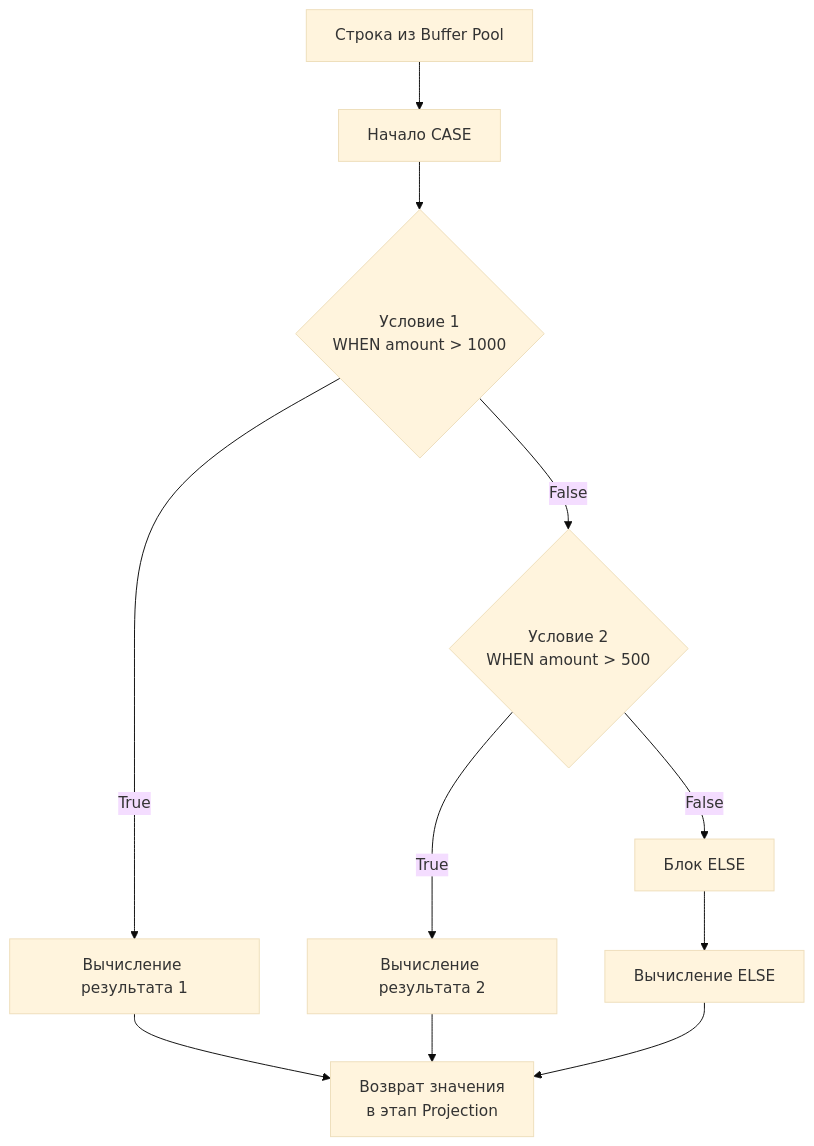
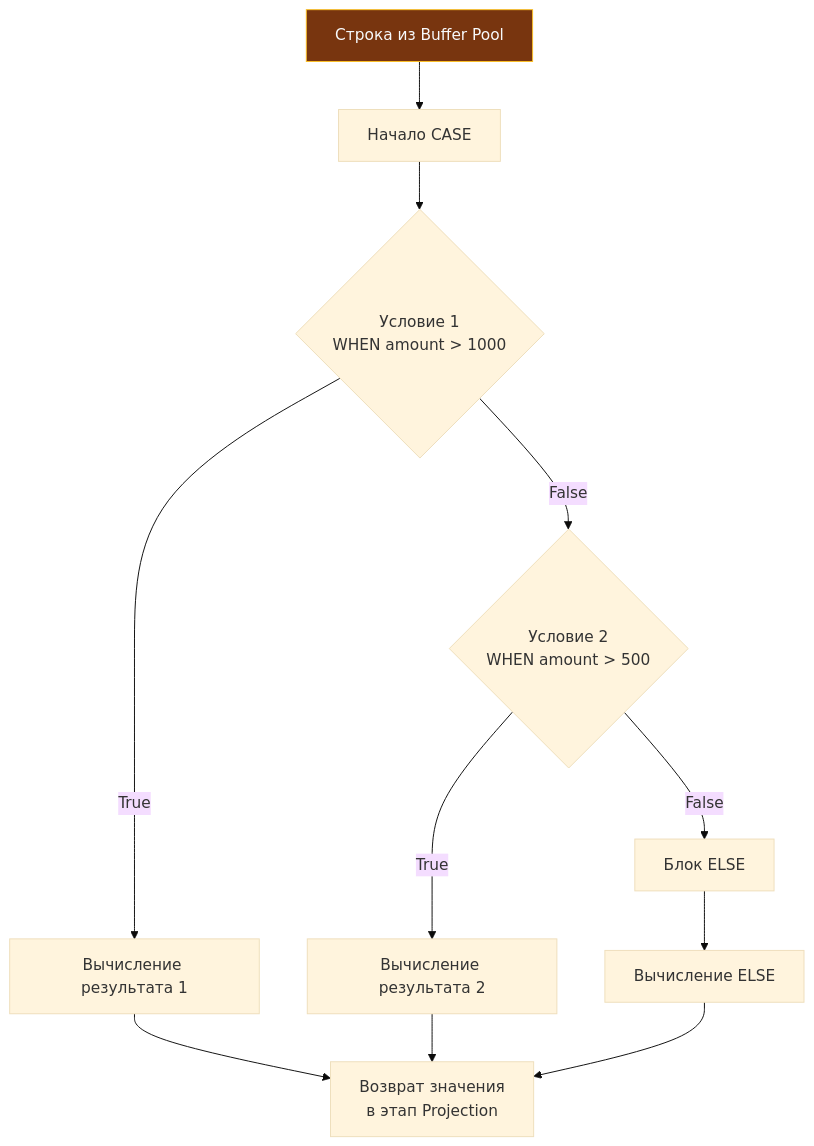
One commit to UnrealTemplier/go-textbook changed the diagram in sources/12. Базы данных/02. SQL базовый/11. CASE выражения.md. Above: the diagram before and after it, drawn with Mermaid (base theme). The commit also changed 1666 other files, not shown here.

First line of the commit message:
feat(mermaid): add semantic color classDef to 1369 colorless flowchart/graph diagrams

````diff
--- a/sources/12. Базы данных/02. SQL базовый/11. CASE выражения.md
+++ b/sources/12. Базы данных/02. SQL базовый/11. CASE выражения.md
@@ -60,13 +60,23 @@
 ```mermaid
 flowchart TD
-    Row["Строка из Buffer Pool"] --> CaseStart["Начало CASE"]
+    classDef process  fill:#1e293b,stroke:#38bdf8,stroke-width:1px,color:#f8fafc
+    classDef success  fill:#064e3b,stroke:#34d399,stroke-width:1px,color:#f8fafc
+    classDef error    fill:#7f1d1d,stroke:#f87171,stroke-width:1px,color:#f8fafc
+    classDef warning  fill:#78350f,stroke:#fbbf24,stroke-width:1px,color:#f8fafc
+    classDef entry    fill:#1e3a5f,stroke:#38bdf8,stroke-width:2px,color:#f8fafc
+    classDef aux      fill:#334155,stroke:#64748b,stroke-width:1px,color:#f8fafc
+    classDef system   fill:#312e81,stroke:#a78bfa,stroke-width:1px,color:#f8fafc
+    classDef data     fill:#132d29,stroke:#2dd4bf,stroke-width:1px,color:#f8fafc
+    classDef network  fill:#881337,stroke:#fb7185,stroke-width:1px,color:#f8fafc
+    classDef accent   fill:#1e1b4b,stroke:#818cf8,stroke-width:1px,color:#f8fafc
+    Row["Строка из Buffer Pool"]:::warning --> CaseStart["Начало CASE"]
     CaseStart --> Cond1{"Условие 1<br>WHEN amount > 1000"}
     Cond1 -->|True| Res1["Вычисление результата 1"]
     Cond1 -->|False| Cond2{"Условие 2<br>WHEN amount > 500"}
     Cond2 -->|True| Res2["Вычисление результата 2"]
     Cond2 -->|False| CondElse["Блок ELSE"]
     CondElse --> Res3["Вычисление ELSE"]
     Res1 --> EndCase["Возврат значения<br>в этап Projection"]
     Res2 --> EndCase
     Res3 --> EndCase
 ```
````
